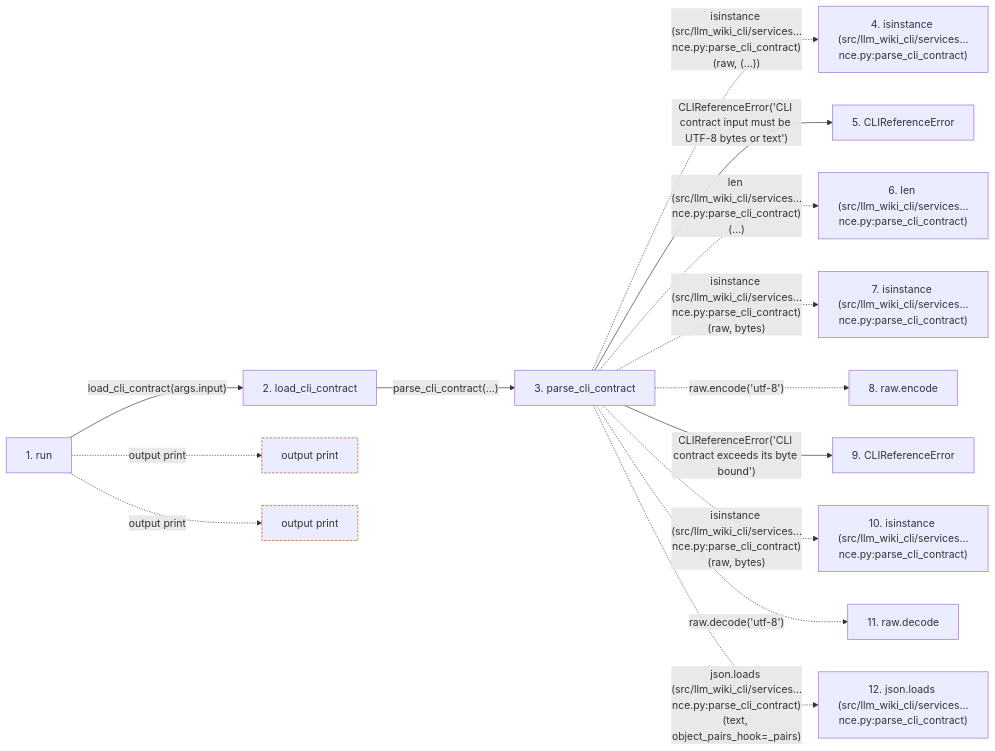
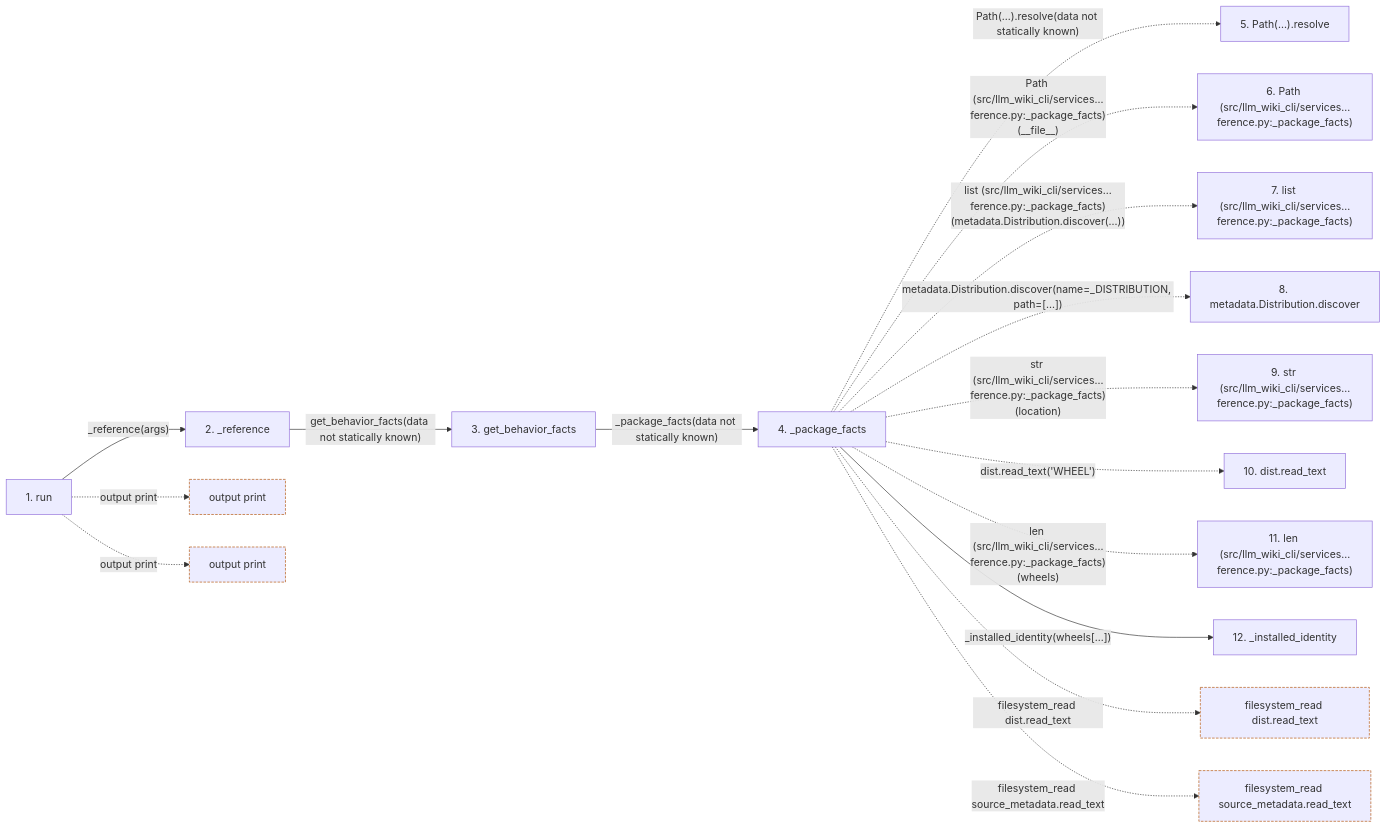
Before and after one commit to Denissvgn/python-wiki-llm: the second of 2 diagrams in docs/llm_wiki/flows/cli-reference.md, drawn with Mermaid. The commit also changed other lines of this file and 303 other files, not shown here.

Commit message:
feat: expose installed behavior facts for sibling wiki review

````diff
--- a/docs/llm_wiki/flows/cli-reference.md
+++ b/docs/llm_wiki/flows/cli-reference.md
@@ -142,38 +150,44 @@
 ```mermaid
 flowchart LR
     s1["1. run"]
-    s2["2. load_cli_contract"]
-    s3["3. parse_cli_contract"]
-    s4["4. isinstance (src/llm_wiki_cli/services…nce.py:parse_cli_contract)"]
-    s5["5. CLIReferenceError"]
-    s6["6. len (src/llm_wiki_cli/services…nce.py:parse_cli_contract)"]
-    s7["7. isinstance (src/llm_wiki_cli/services…nce.py:parse_cli_contract)"]
-    s8["8. raw.encode"]
-    s9["9. CLIReferenceError"]
-    s10["10. isinstance (src/llm_wiki_cli/services…nce.py:parse_cli_contract)"]
-    s11["11. raw.decode"]
-    s12["12. json.loads (src/llm_wiki_cli/services…nce.py:parse_cli_contract)"]
-    s1 -->|"load_cli_contract(args.input)"| s2
-    s2 -->|"parse_cli_contract(...)"| s3
-    s3 -. "isinstance (src/llm_wiki_cli/services…nce.py:parse_cli_contract)(raw, (...))" .-> s4
-    s3 -->|"CLIReferenceError('CLI contract input must be UTF-8 bytes or text')"| s5
-    s3 -. "len (src/llm_wiki_cli/services…nce.py:parse_cli_contract)(...)" .-> s6
-    s3 -. "isinstance (src/llm_wiki_cli/services…nce.py:parse_cli_contract)(raw, bytes)" .-> s7
-    s3 -. "raw.encode('utf-8')" .-> s8
-    s3 -->|"CLIReferenceError('CLI contract exceeds its byte bound')"| s9
-    s3 -. "isinstance (src/llm_wiki_cli/services…nce.py:parse_cli_contract)(raw, bytes)" .-> s10
-    s3 -. "raw.decode('utf-8')" .-> s11
-    s3 -. "json.loads (src/llm_wiki_cli/services…nce.py:parse_cli_contract)(text, object_pairs_hook=_pairs)" .-> s12
+    s2["2. _reference"]
+    s3["3. get_behavior_facts"]
+    s4["4. _package_facts"]
+    s5["5. Path(…).resolve"]
+    s6["6. Path (src/llm_wiki_cli/services…ference.py:_package_facts)"]
+    s7["7. list (src/llm_wiki_cli/services…ference.py:_package_facts)"]
+    s8["8. metadata.Distribution.discover"]
+    s9["9. str (src/llm_wiki_cli/services…ference.py:_package_facts)"]
+    s10["10. dist.read_text"]
+    s11["11. len (src/llm_wiki_cli/services…ference.py:_package_facts)"]
+    s12["12. _installed_identity"]
+    s1 -->|"_reference(args)"| s2
+    s2 -->|"get_behavior_facts(data not statically known)"| s3
+    s3 -->|"_package_facts(data not statically known)"| s4
+    s4 -. "Path(…).resolve(data not statically known)" .-> s5
+    s4 -. "Path (src/llm_wiki_cli/services…ference.py:_package_facts)(__file__)" .-> s6
+    s4 -. "list (src/llm_wiki_cli/services…ference.py:_package_facts)(metadata.Distribution.discover(...))" .-> s7
+    s4 -. "metadata.Distribution.discover(name=_DISTRIBUTION, path=[...])" .-> s8
+    s4 -. "str (src/llm_wiki_cli/services…ference.py:_package_facts)(location)" .-> s9
+    s4 -. "dist.read_text('WHEEL')" .-> s10
+    s4 -. "len (src/llm_wiki_cli/services…ference.py:_package_facts)(wheels)" .-> s11
+    s4 -->|"_installed_identity(wheels[...])"| s12
     b0["output print"]
     s1 -. "output print" .-> b0
     b1["output print"]
     s1 -. "output print" .-> b1
+    b2["filesystem_read dist.read_text"]
+    s4 -. "filesystem_read dist.read_text" .-> b2
+    b3["filesystem_read source_metadata.read_text"]
+    s4 -. "filesystem_read source_metadata.read_text" .-> b3
     click s1 "../modules/reference_cmd.md"
-    click s2 "../modules/cli_reference.md"
-    click s3 "../modules/cli_reference.md"
-    click s5 "../modules/cli_reference.md"
-    click s9 "../modules/cli_reference.md"
+    click s2 "../modules/reference_cmd.md"
+    click s3 "../modules/behavior_reference.md"
+    click s4 "../modules/behavior_reference.md"
+    click s12 "../modules/behavior_reference.md"
     classDef boundary stroke:#b45309,stroke-dasharray: 4 2
     class b0 boundary
     class b1 boundary
+    class b2 boundary
+    class b3 boundary
 ```
````
